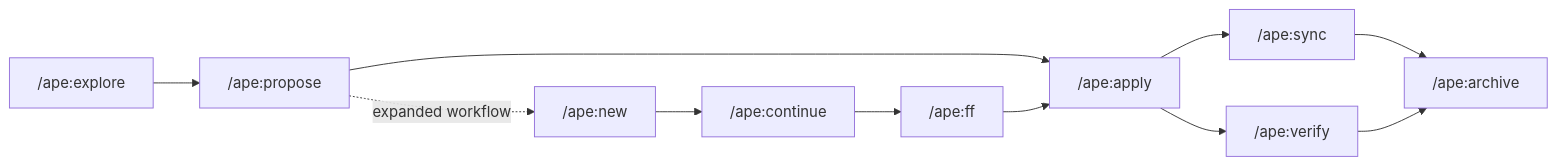
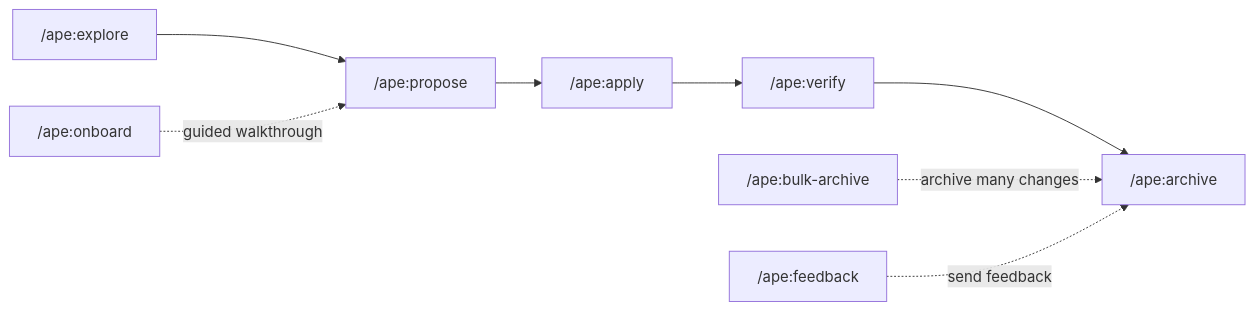
Before and after one commit to 0xzace/ApeWorkflow: the diagram in README.md, drawn with Mermaid. The commit also changed other lines of this file, not shown here.

Commit message:
docs: refresh readme for current workflow surface

````diff
--- a/README.md
+++ b/README.md
@@ -45,14 +51,11 @@
 ```mermaid
 flowchart LR
-  A["/ape:explore"] --> B["/ape:propose"]
-  B --> C["/ape:apply"]
-  C --> D["/ape:sync"]
-  D --> E["/ape:archive"]
+  E["/ape:explore"] --> P["/ape:propose"]
+  P --> A["/ape:apply"]
+  A --> V["/ape:verify"]
+  V --> R["/ape:archive"]
 
-  B -. "expanded workflow" .-> N["/ape:new"]
-  N --> F["/ape:continue"]
-  F --> G["/ape:ff"]
-  G --> C
-  C --> H["/ape:verify"]
-  H --> E
+  O["/ape:onboard"] -. "guided walkthrough" .-> P
+  B["/ape:bulk-archive"] -. "archive many changes" .-> R
+  F["/ape:feedback"] -. "send feedback" .-> R
 ```
````
